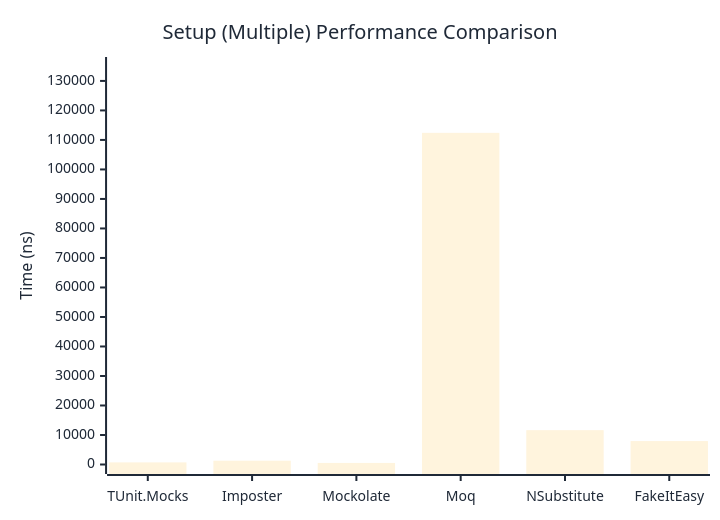
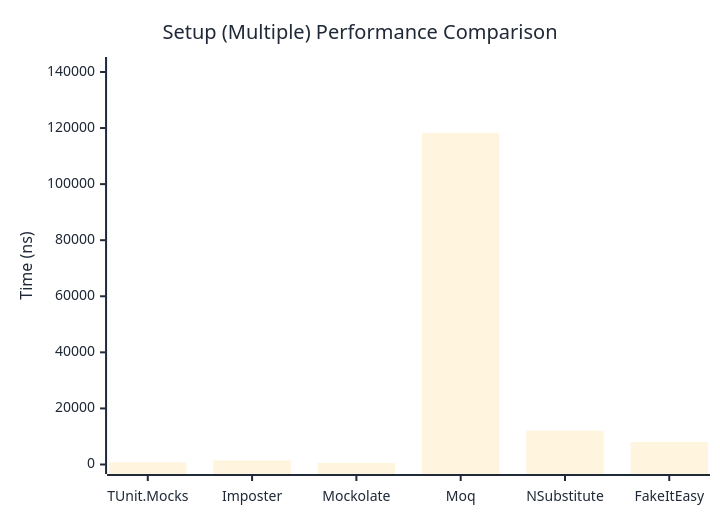
Before and after one commit to thomhurst/TUnit: the second of 2 diagrams in docs/docs/benchmarks/mocks/Setup.md, drawn with Mermaid. The commit also changed other lines of this file and 14 other files, not shown here.

````diff
--- a/docs/docs/benchmarks/mocks/Setup.md
+++ b/docs/docs/benchmarks/mocks/Setup.md
@@ -69,27 +69,27 @@
 ```mermaid
 %%{init: {
   'theme':'base',
   'themeVariables': {
     'primaryColor': '#2563eb',
     'primaryTextColor': '#1f2937',
     'primaryBorderColor': '#1e40af',
     'lineColor': '#6b7280',
     'secondaryColor': '#7c3aed',
     'tertiaryColor': '#dc2626',
     'background': '#ffffff',
     'pie1': '#2563eb',
     'pie2': '#7c3aed',
     'pie3': '#dc2626',
     'pie4': '#f59e0b',
     'pie5': '#10b981',
     'pie6': '#06b6d4',
     'pie7': '#ec4899',
     'pie8': '#6366f1'
   }
 }}%%
 xychart-beta
   title "Setup (Multiple) Performance Comparison"
   x-axis ["TUnit.Mocks", "Imposter", "Mockolate", "Moq", "NSubstitute", "FakeItEasy"]
-  y-axis "Time (ns)" 0 --> 134887
-  bar [716.9, 1287.4, 527.8, 112405.2, 11637.2, 7942.5]
+  y-axis "Time (ns)" 0 --> 141953
+  bar [767.5, 1451.7, 590.5, 118294.1, 12047.1, 8051.4]
 ```
````
